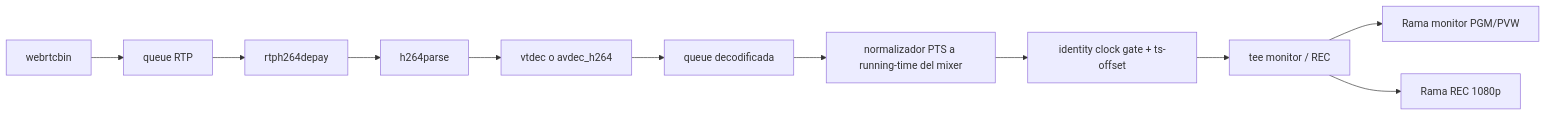
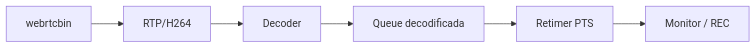
Before and after one commit to davidcolas30/OpenMix-CG: the second of 3 diagrams in Documentacion/Arquitectura/02-gstreamer-y-mixer.md, drawn with Mermaid. The commit also changed other lines of this file and 3 other files, not shown here.

````diff
--- a/Documentacion/Arquitectura/02-gstreamer-y-mixer.md
+++ b/Documentacion/Arquitectura/02-gstreamer-y-mixer.md
@@ -393,13 +212,8 @@
 ```mermaid
 flowchart LR
-    WebRTC[webrtcbin] --> RTPQ[queue RTP]
-    RTPQ --> Depay[rtph264depay]
-    Depay --> Parse[h264parse]
-    Parse --> Decoder[vtdec o avdec_h264]
-    Decoder --> SyncQ[queue decodificada]
-    SyncQ --> Retimer[normalizador PTS a running-time del mixer]
-    Retimer --> SyncClock[identity clock gate + ts-offset]
-    SyncClock --> Tee[tee monitor / REC]
-    Tee --> Monitor[Rama monitor PGM/PVW]
-    Tee --> Rec[Rama REC 1080p]
+    WebRTC["webrtcbin"] --> Depay["RTP/H264"]
+    Depay --> Decode["Decoder"]
+    Decode --> Queue["Queue decodificada"]
+    Queue --> Retimer["Retimer PTS"]
+    Retimer --> Tee["Monitor / REC"]
 ```
````
